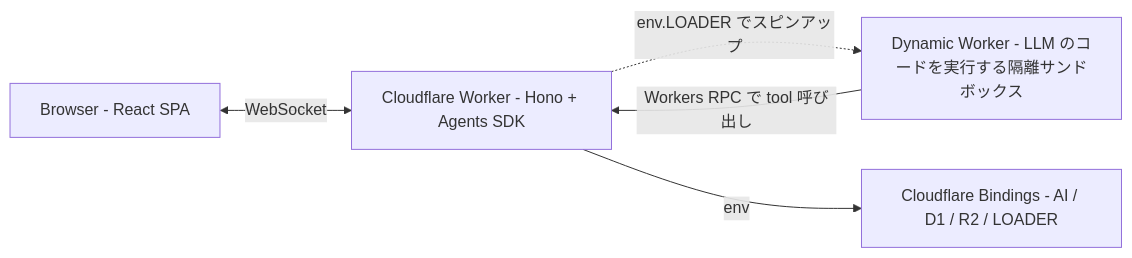
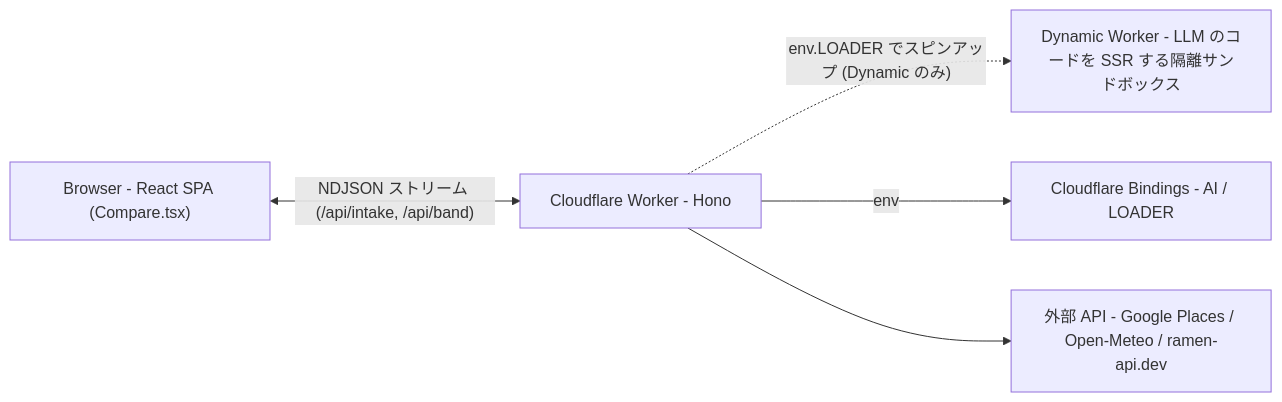
The first of 2 diagrams in README.md (yusukebe/generative-ui-playground), drawn with Mermaid before and after one commit. The commit also changed other lines of this file and 14 other files, not shown here.

````diff
--- a/README.md
+++ b/README.md
@@ -69,12 +95,13 @@
 ```mermaid
 flowchart LR
-  B["Browser - React SPA"]
-  W["Cloudflare Worker - Hono + Agents SDK"]
-  S["Dynamic Worker - LLM のコードを実行する隔離サンドボックス"]
-  D["Cloudflare Bindings - AI / D1 / R2 / LOADER"]
+  B["Browser - React SPA (Compare.tsx)"]
+  W["Cloudflare Worker - Hono"]
+  S["Dynamic Worker - LLM のコードを SSR する隔離サンドボックス"]
+  D["Cloudflare Bindings - AI / LOADER"]
+  X["外部 API - Google Places / Open-Meteo / ramen-api.dev"]
 
-  B <-->|WebSocket| W
-  W -.->|env.LOADER でスピンアップ| S
-  S -->|Workers RPC で tool 呼び出し| W
+  B <-->|"NDJSON ストリーム (/api/intake, /api/band)"| W
+  W -.->|"env.LOADER でスピンアップ (Dynamic のみ)"| S
   W -->|env| D
+  W --> X
 ```
````
